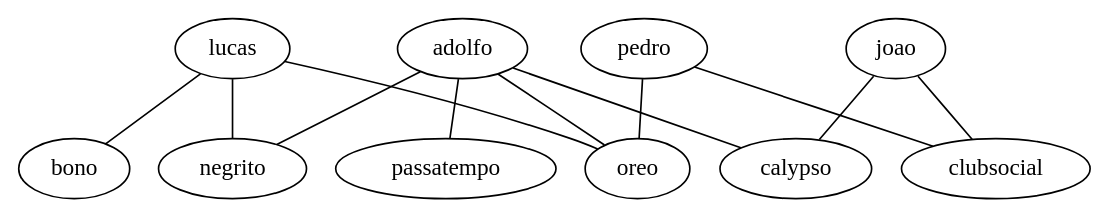
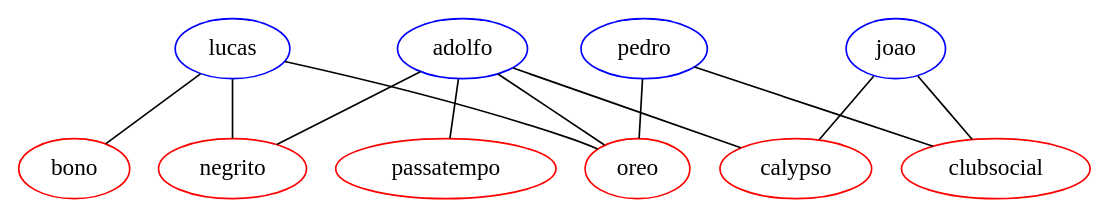
Before and after one commit to LucasGabrielLima/grafos-sistema-recomendacao: the diagram in compras.dot, drawn with Graphviz. The commit also changed 2 other files, not shown here.

```diff
--- a/compras.dot
+++ b/compras.dot
@@ -1,13 +1,27 @@
 graph compras{
+	node [type=c color=blue]
+	adolfo
+	lucas
+	pedro
+	joao
+
+	node [type=p color=red]
+	passatempo
+	negrito
+	oreo
+	calypso
+	bono
+	clubsocial
+
 	adolfo -- passatempo
 	adolfo -- negrito
 	adolfo -- oreo
 	adolfo -- calypso
 	lucas -- oreo
 	lucas -- bono
 	lucas -- negrito
 	pedro -- clubsocial
 	pedro -- oreo
 	joao -- calypso
 	joao -- clubsocial
 }
```
